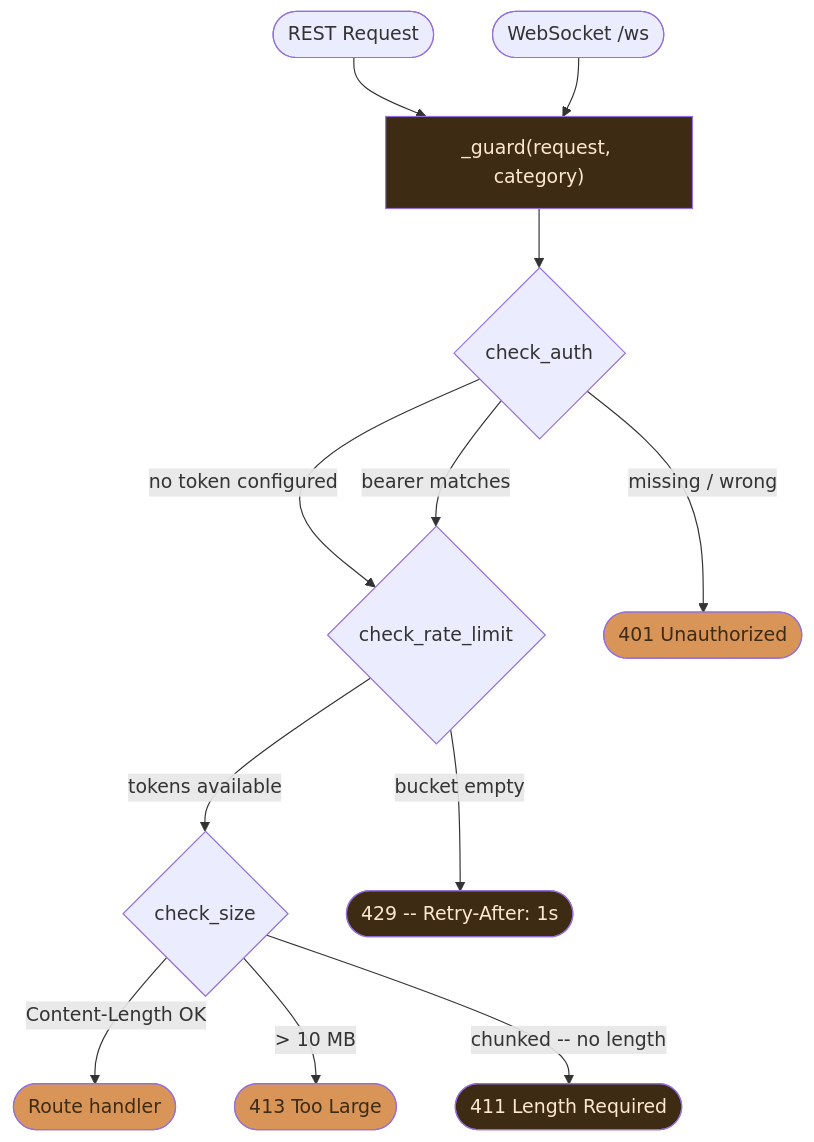
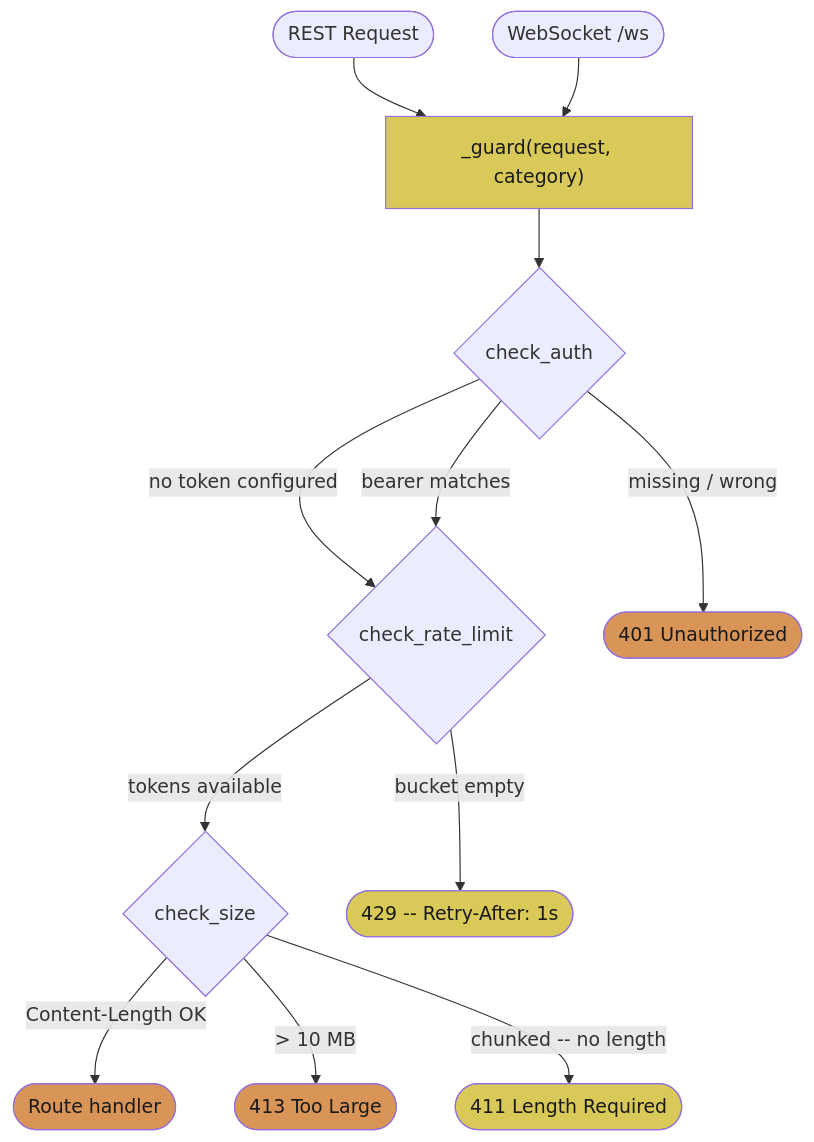
Diagram 13 of 25 in README.md (JosephOIbrahim/Comfy-Cozy), drawn with Mermaid before and after one commit. The commit also changed other lines of this file, not shown here.

First line of the commit message:
[DOCS] Mermaid palette: two-tone muted orange/yellow with black text

````diff
--- a/README.md
+++ b/README.md
@@ -702,21 +702,21 @@
 ```mermaid
 flowchart TD
     REST([REST Request]) --> Guard["_guard(request, category)"]
     WS([WebSocket /ws]) --> Guard
     Guard --> Auth{check_auth}
     Auth -->|"no token configured"| Rate{check_rate_limit}
     Auth -->|"bearer matches"| Rate
     Auth -->|"missing / wrong"| R401(["401 Unauthorized"])
     Rate -->|"tokens available"| Size{check_size}
     Rate -->|"bucket empty"| R429(["429 -- Retry-After: 1s"])
     Size -->|"Content-Length OK"| Handler(["Route handler"])
     Size -->|"> 10 MB"| R413(["413 Too Large"])
     Size -->|"chunked -- no length"| R411(["411 Length Required"])
 
-    style R401 fill:#d99458,color:#3d2b14
-    style R429 fill:#3d2b14,color:#fde8cf
-    style R413 fill:#d99458,color:#3d2b14
-    style R411 fill:#3d2b14,color:#fde8cf
-    style Handler fill:#d99458,color:#3d2b14
-    style Guard fill:#3d2b14,color:#fde8cf
+    style R401 fill:#d99458,color:#1a1a1a
+    style R429 fill:#d9c958,color:#1a1a1a
+    style R413 fill:#d99458,color:#1a1a1a
+    style R411 fill:#d9c958,color:#1a1a1a
+    style Handler fill:#d99458,color:#1a1a1a
+    style Guard fill:#d9c958,color:#1a1a1a
 ```
````
